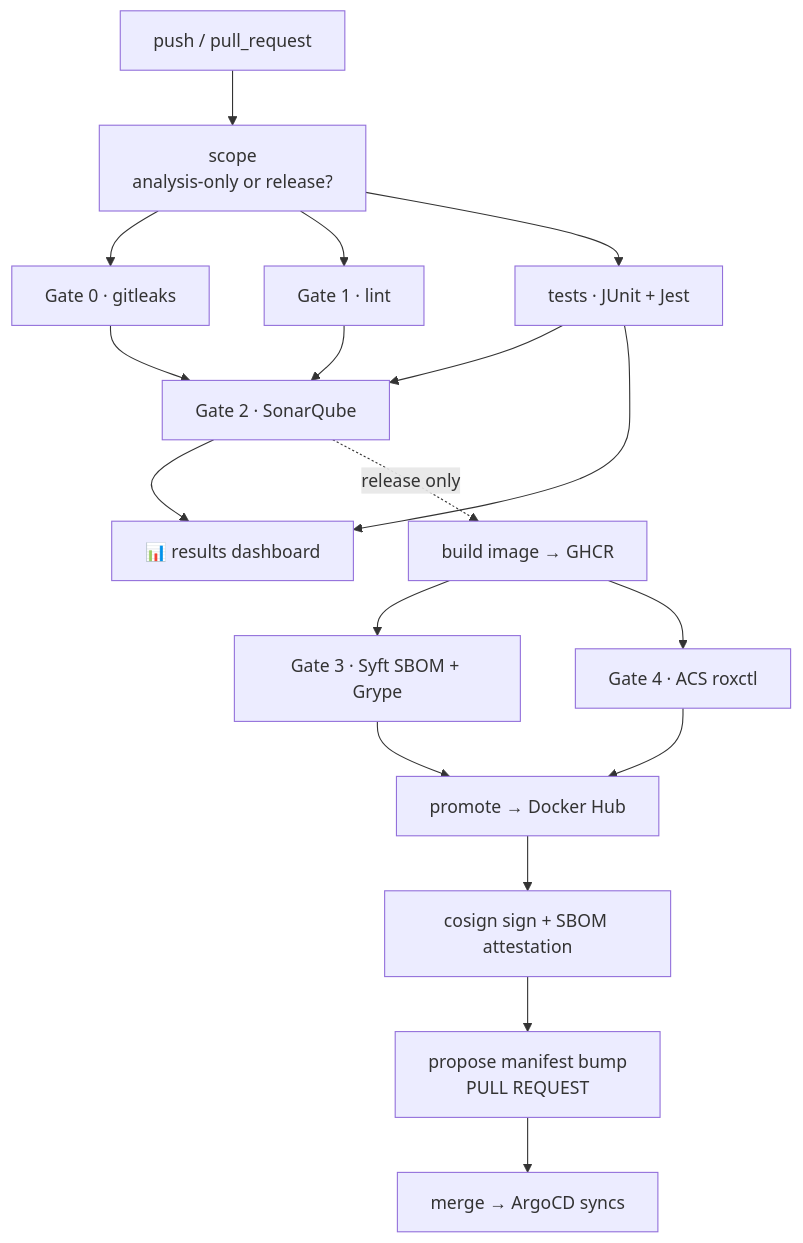
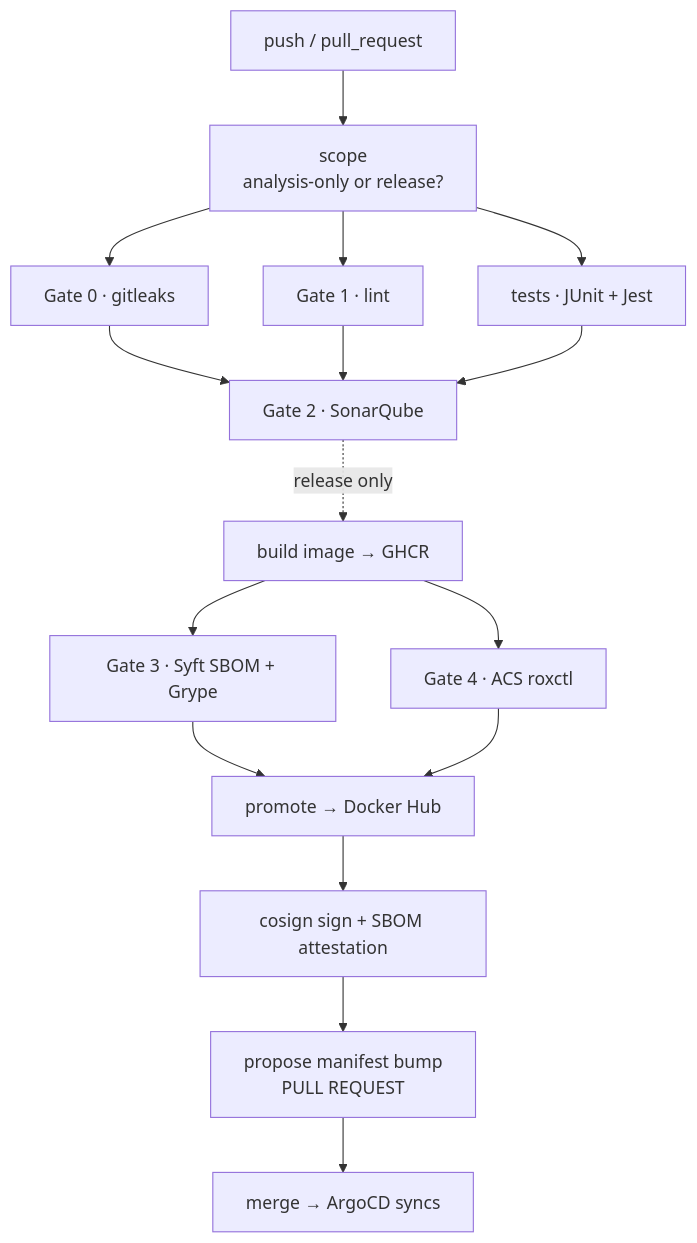
Before and after one commit to mhmdmstfa2010/opsera-mid_project: the diagram in README.md, drawn with Mermaid. The commit also changed other lines of this file and 8 other files, not shown here.

````diff
--- a/README.md
+++ b/README.md
@@ -36,20 +36,18 @@
 ```mermaid
 flowchart TD
     E["push / pull_request"] --> SC["scope<br/>analysis-only or release?"]
     SC --> G0["Gate 0 · gitleaks"]
     SC --> G1["Gate 1 · lint"]
     SC --> T["tests · JUnit + Jest"]
     G0 --> SQ["Gate 2 · SonarQube"]
     G1 --> SQ
     T --> SQ
-    T --> DASH["📊 results dashboard"]
-    SQ --> DASH
     SQ -.release only.-> B["build image → GHCR"]
     B --> G3["Gate 3 · Syft SBOM + Grype"]
     B --> G4["Gate 4 · ACS roxctl"]
     G3 --> P["promote → Docker Hub"]
     G4 --> P
     P --> S["cosign sign + SBOM attestation"]
     S --> M["propose manifest bump<br/>PULL REQUEST"]
     M --> ARGO["merge → ArgoCD syncs"]
 ```
````
